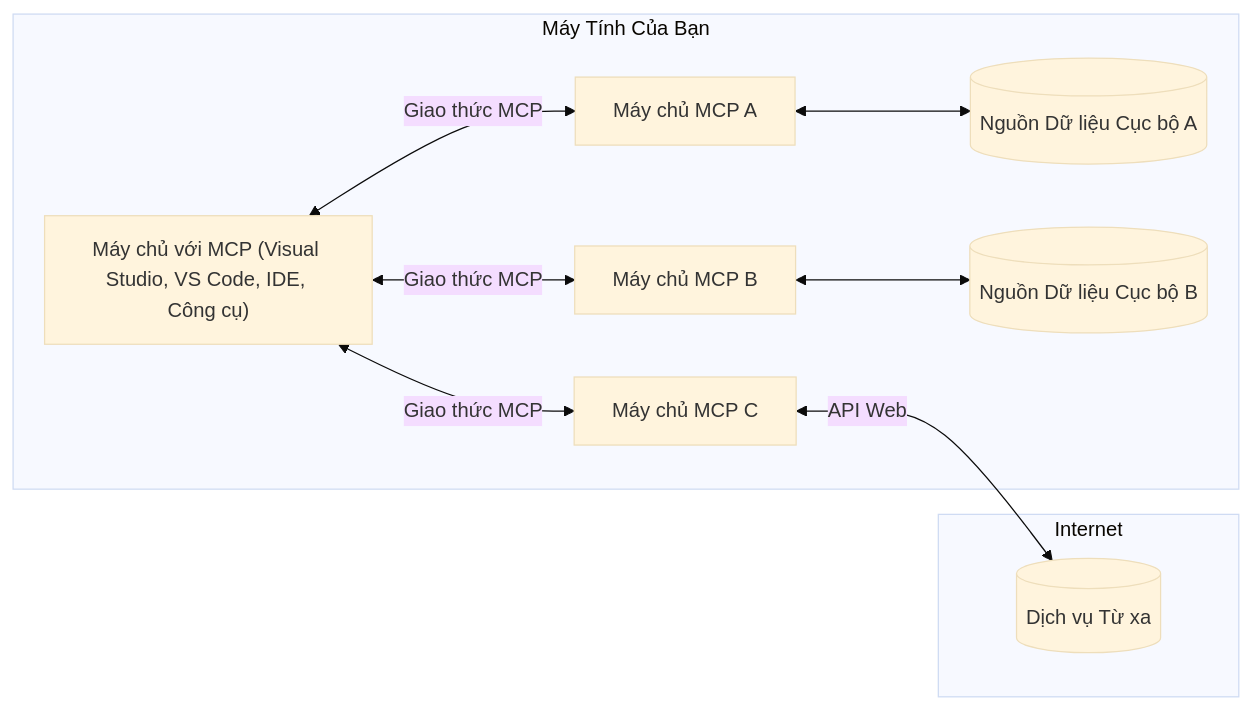
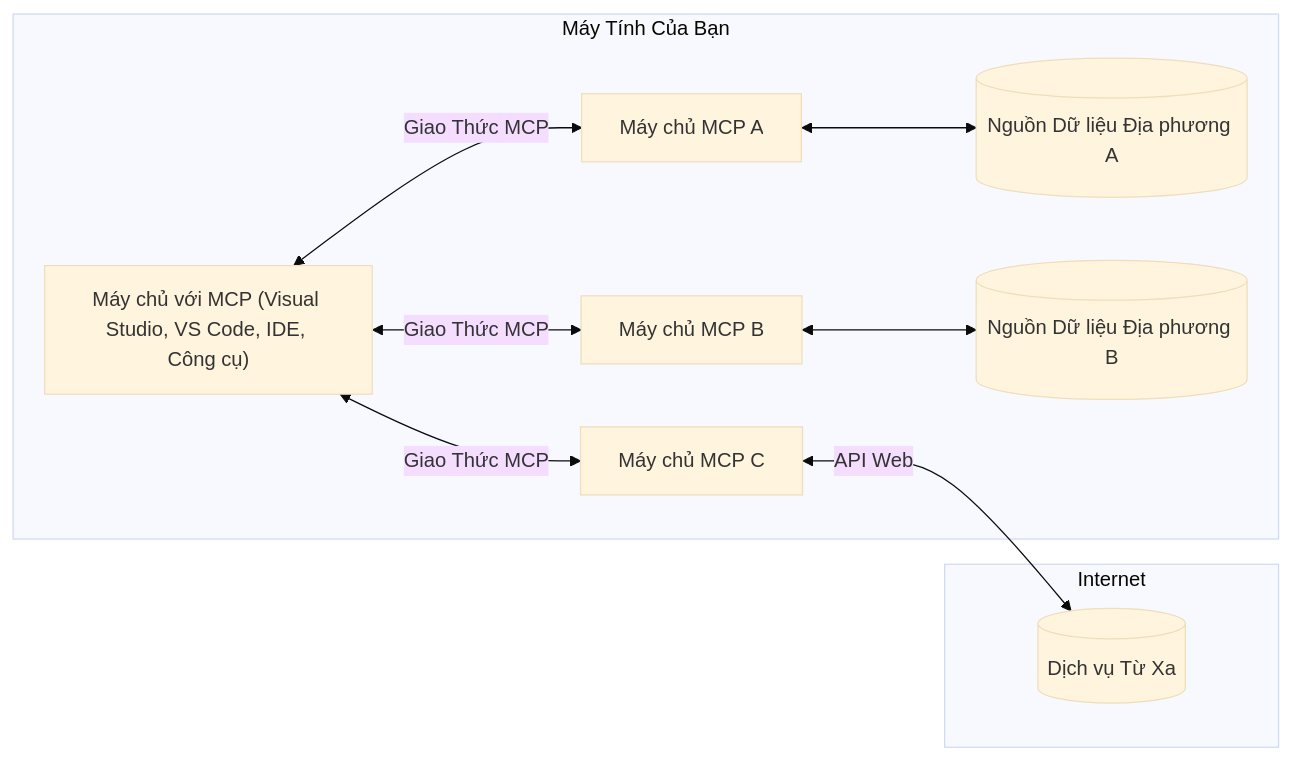
The diagram in translations/vi/01-CoreConcepts/README.md (Mu-L/mcp-for-beginners), drawn with Mermaid (base theme) before and after one commit. The commit also changed other lines of this file and 5 other files, not shown here.

````diff
--- a/translations/vi/01-CoreConcepts/README.md
+++ b/translations/vi/01-CoreConcepts/README.md
@@ -45,17 +45,17 @@
 ```mermaid
 flowchart LR
     subgraph "Máy Tính Của Bạn"
         Host["Máy chủ với MCP (Visual Studio, VS Code, IDE, Công cụ)"]
         S1["Máy chủ MCP A"]
         S2["Máy chủ MCP B"]
         S3["Máy chủ MCP C"]
-        Host <-->|"Giao thức MCP"| S1
-        Host <-->|"Giao thức MCP"| S2
-        Host <-->|"Giao thức MCP"| S3
-        S1 <--> D1[("Nguồn Dữ liệu Cục bộ A")]
-        S2 <--> D2[("Nguồn Dữ liệu Cục bộ B")]
+        Host <-->|"Giao Thức MCP"| S1
+        Host <-->|"Giao Thức MCP"| S2
+        Host <-->|"Giao Thức MCP"| S3
+        S1 <--> D1[("Nguồn Dữ liệu Địa phương A")]
+        S2 <--> D2[("Nguồn Dữ liệu Địa phương B")]
     end
     subgraph "Internet"
-        S3 <-->|"API Web"| D3[("Dịch vụ Từ xa")]
+        S3 <-->|"API Web"| D3[("Dịch vụ Từ Xa")]
     end
 ```
````
